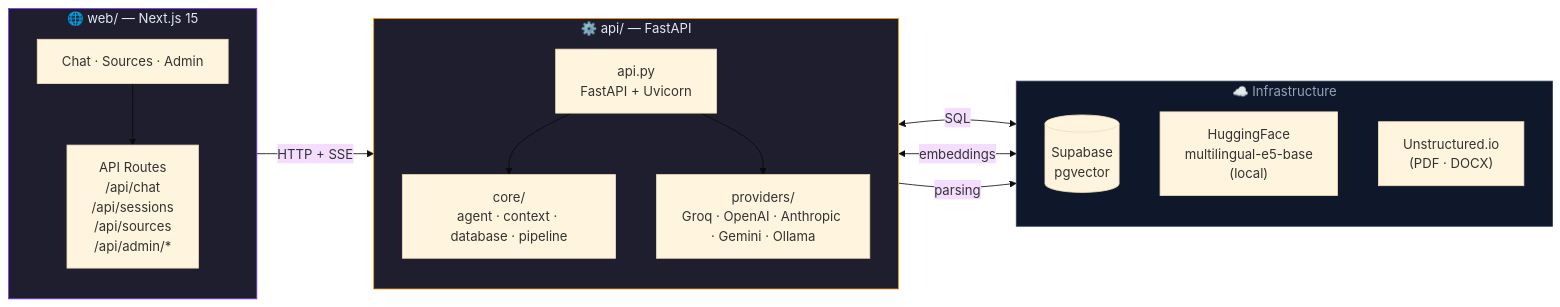
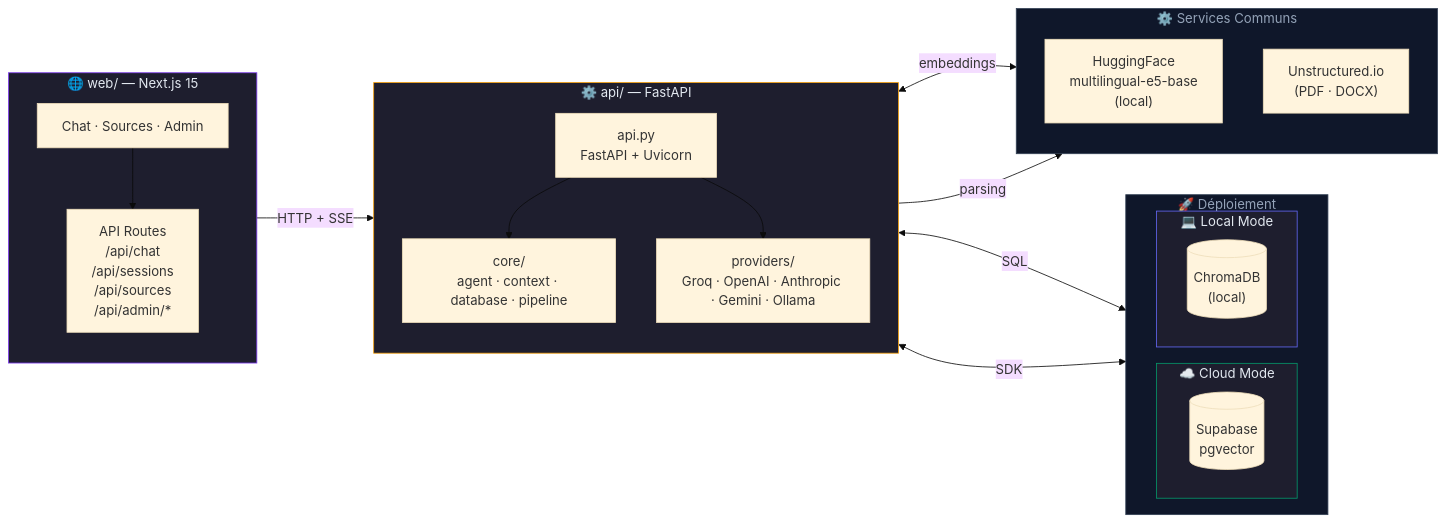
The first of 5 diagrams in docs/workflow.md (dlz-dev/HELMo-ORACLE), drawn with Mermaid (base theme) before and after one commit. The commit also changed other lines of this file and 12 other files, not shown here.

````diff
--- a/docs/workflow.md
+++ b/docs/workflow.md
@@ -5,34 +5,48 @@
 ```mermaid
 flowchart LR
     subgraph WEB ["🌐 web/ — Next.js 15"]
         direction TB
         UI["Chat · Sources · Admin"]
         ROUTES["API Routes\n/api/chat\n/api/sessions\n/api/sources\n/api/admin/*"]
         UI --> ROUTES
     end
 
     subgraph API ["⚙️ api/ — FastAPI"]
         direction TB
         FASTAPI["api.py\nFastAPI + Uvicorn"]
         CORE["core/\nagent · context · database · pipeline"]
         PROV["providers/\nGroq · OpenAI · Anthropic · Gemini · Ollama"]
         FASTAPI --> CORE
         FASTAPI --> PROV
     end
 
-    subgraph INFRA ["☁️ Infrastructure"]
+    ROUTES -->|"HTTP + SSE"| FASTAPI
+
+    subgraph DEPLOIEMENT ["🚀 Déploiement"]
+        direction LR
+        subgraph CLOUD ["☁️ Cloud Mode"]
+            DB_CLOUD[("Supabase\npgvector")]
+        end
+        subgraph LOCAL ["💻 Local Mode"]
+            DB_LOCAL[("ChromaDB\n(local)")]
+        end
+    end
+
+    subgraph INFRA ["⚙️ Services Communs"]
         direction TB
-        DB[("Supabase\npgvector")]
         EMBED["HuggingFace\nmultilingual-e5-base\n(local)"]
         UNSTRUCT["Unstructured.io\n(PDF · DOCX)"]
     end
 
-    ROUTES -->|"HTTP + SSE"| FASTAPI
-    CORE <-->|"SQL"| DB
+    CORE <-->|"SQL"| DB_CLOUD
+    CORE <-->|"SDK"| DB_LOCAL
     CORE <-->|"embeddings"| EMBED
     CORE -->|"parsing"| UNSTRUCT
 
     style WEB     fill:#1e1e2e,stroke:#7c3aed,color:#e2e8f0
     style API     fill:#1e1e2e,stroke:#f59e0b,color:#e2e8f0
+    style DEPLOIEMENT fill:#0f172a,stroke:#334155,color:#94a3b8
+    style CLOUD fill:#1e1e2e,stroke:#059669,color:#e2e8f0
+    style LOCAL fill:#1e1e2e,stroke:#6366f1,color:#e2e8f0
     style INFRA   fill:#0f172a,stroke:#334155,color:#94a3b8
 ```
````
